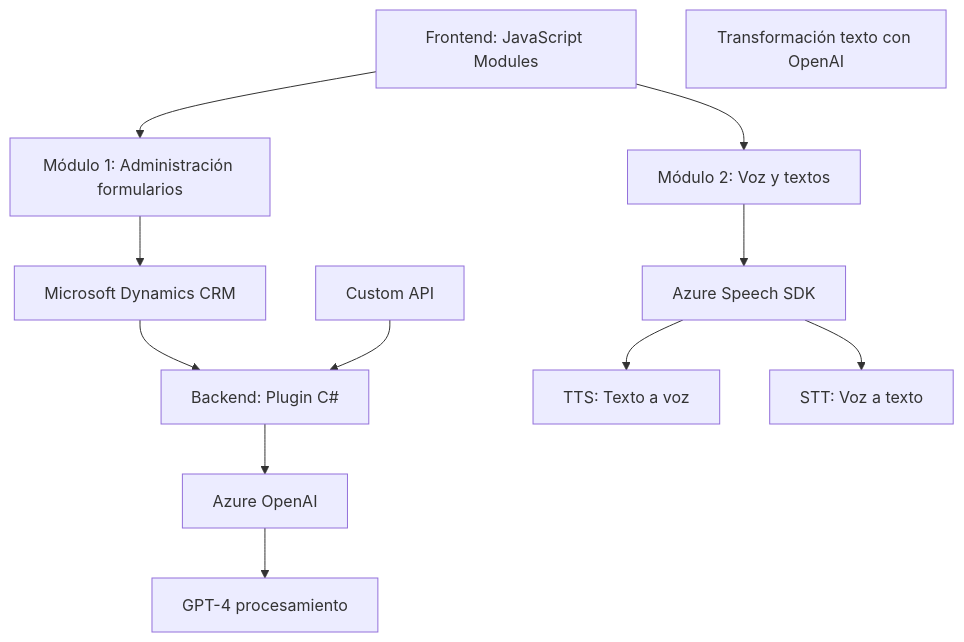
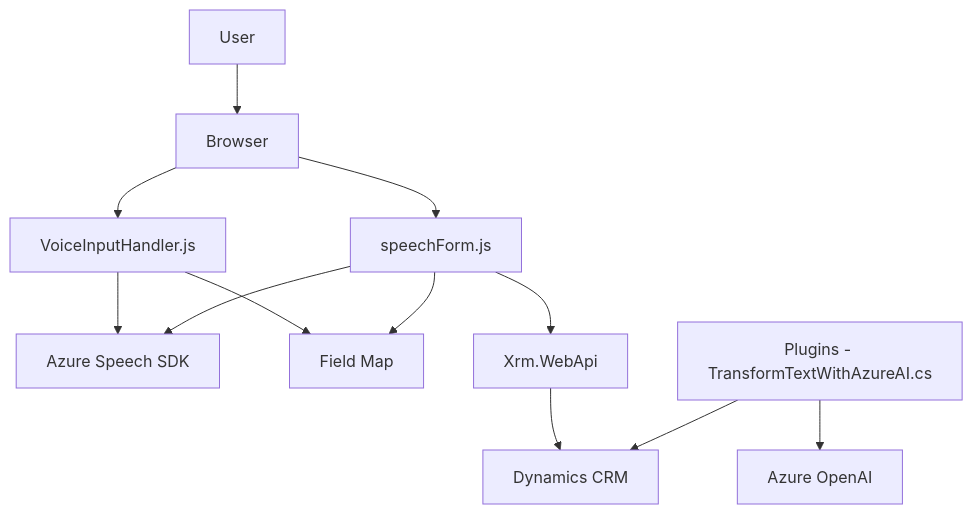
The diagram in README.md (blopezdm/NETCORE_BILBAO2025), drawn with Mermaid before and after one commit. The commit also changed other lines of this file, not shown here.

Commit message:
Actualizar análisis global de la solución con IA

````diff
--- a/README.md
+++ b/README.md
@@ -43,26 +49,14 @@
 ```mermaid
 graph TD
-    A["Frontend: JavaScript Modules"]
-    A1["Módulo 1: Administración formularios"]
-    A2["Módulo 2: Voz y textos"]
-    B["Microsoft Dynamics CRM"]
-    B1["Custom API"]
-    C["Backend: Plugin C#"]
-    C1["Transformación texto con OpenAI"]
-    D["Azure Speech SDK"]
-    D2["TTS: Texto a voz"]
-    D3["STT: Voz a texto"]
-    E["Azure OpenAI"]
-    E1["GPT-4 procesamiento"]
-
-    A --> A1
-    A --> A2
-    A1 --> B
-    A2 --> D
-    D --> D2
-    D --> D3
-    B --> C
-    B1 --> C
-    C --> E
-    E --> E1
+    A["User"] --> B["Browser"]
+    B --> C["VoiceInputHandler.js"]
+    B --> D["speechForm.js"]
+    C --> E["Azure Speech SDK"]
+    D --> E
+    C --> F["Field Map"]
+    D --> F
+    D --> G["Xrm.WebApi"]
+    G --> H["Dynamics CRM"]
+    J["Plugins - TransformTextWithAzureAI.cs"] --> H
+    J --> K["Azure OpenAI"]
 ```
````
